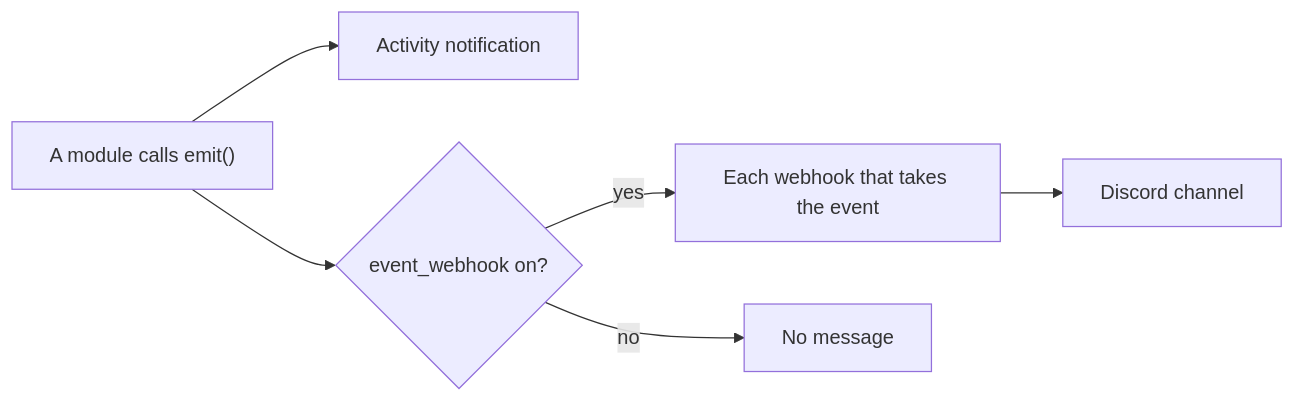
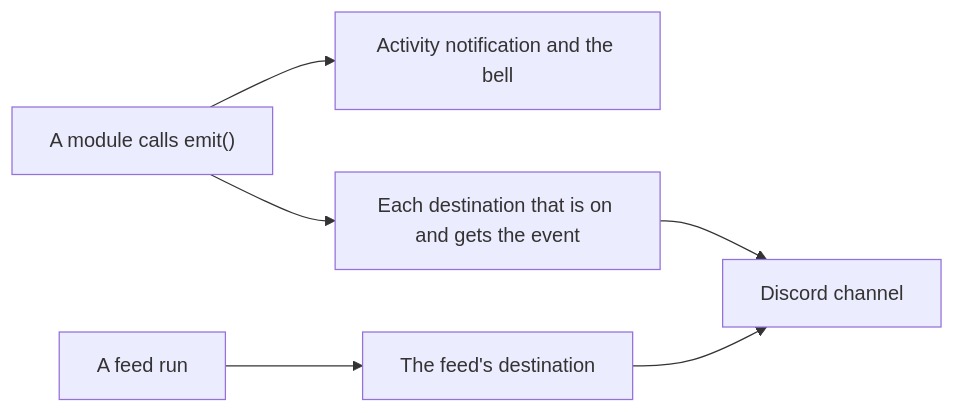
Before and after one commit to asusoda/soda-internal-api: the diagram in docs/webhooks.md, drawn with Mermaid. The commit also changed other lines of this file and 36 other files, not shown here.

First line of the commit message:
Make Alerts a Core module: destinations, routes, and feeds post there

````diff
--- a/docs/webhooks.md
+++ b/docs/webhooks.md
@@ -7,7 +7,6 @@
 ```mermaid
 flowchart LR
-  module["A module calls emit()"] --> saved["Activity notification"]
-  module --> on{"event_webhook on?"}
-  on -- yes --> hooks["Each webhook that takes the event"] --> discord["Discord channel"]
-  on -- no --> stop["No message"]
+  module["A module calls emit()"] --> saved["Activity notification and the bell"]
+  module --> routes["Each destination that is on and gets the event"] --> discord["Discord channel"]
+  feed["A feed run"] --> dest["The feed's destination"] --> discord
 ```
````
